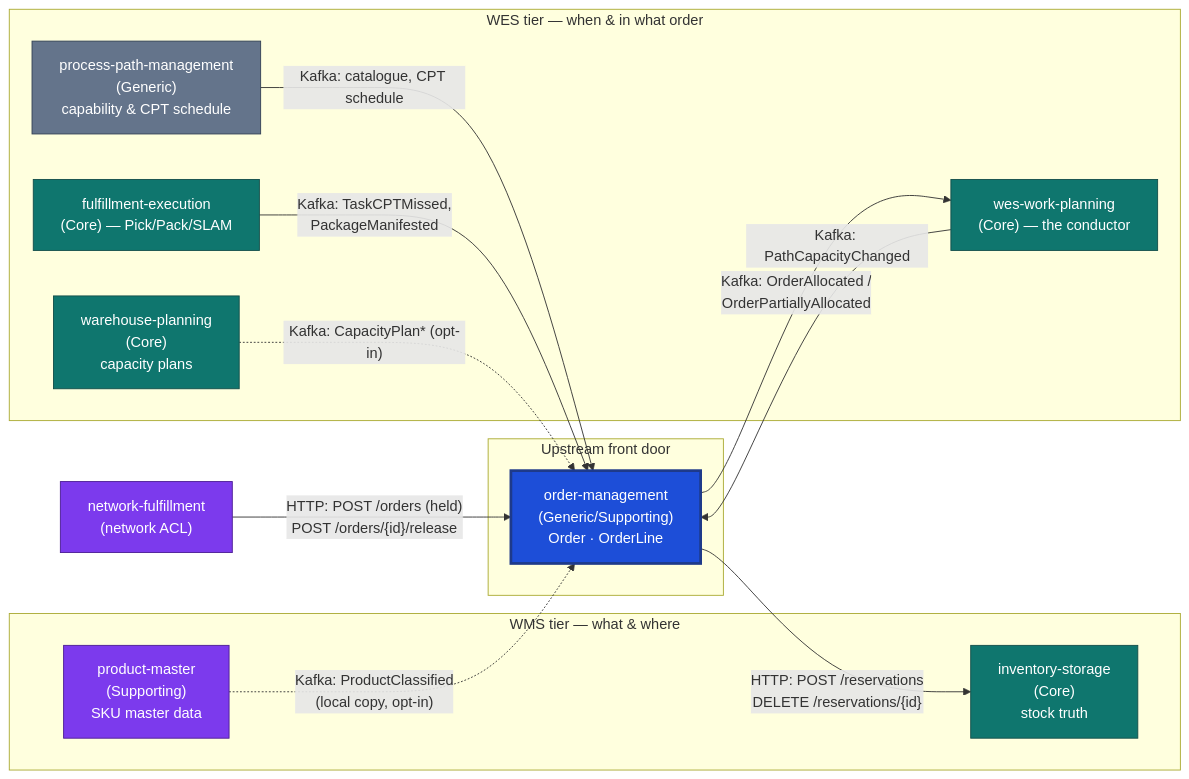
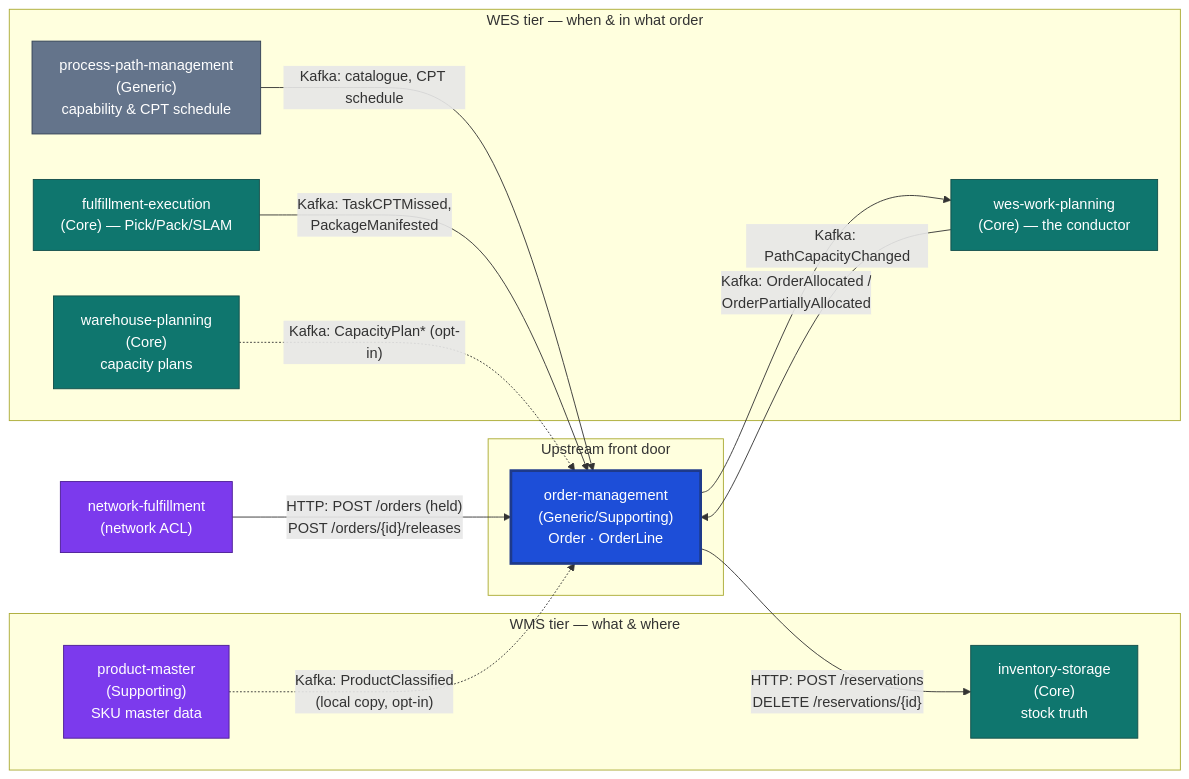
The diagram in docs/docs/overview/introduction.md (IQVO/order-management), drawn with Mermaid before and after one commit. The commit also changed other lines of this file and 21 other files, not shown here.

````diff
--- a/docs/docs/overview/introduction.md
+++ b/docs/docs/overview/introduction.md
@@ -92,35 +92,35 @@
 ```mermaid
 flowchart LR
   NF["network-fulfillment<br/>(network ACL)"]
   subgraph NEW["Upstream front door"]
     OM["order-management<br/>(Generic/Supporting)<br/>Order · OrderLine"]
   end
   subgraph WMS["WMS tier — what & where"]
     INV["inventory-storage<br/>(Core)<br/>stock truth"]
     PMX["product-master<br/>(Supporting)<br/>SKU master data"]
   end
   subgraph WES["WES tier — when & in what order"]
     PPM["process-path-management<br/>(Generic)<br/>capability & CPT schedule"]
     WP["wes-work-planning<br/>(Core) — the conductor"]
     FE["fulfillment-execution<br/>(Core) — Pick/Pack/SLAM"]
     WPL["warehouse-planning<br/>(Core)<br/>capacity plans"]
   end
 
-  NF -- "HTTP: POST /orders (held)<br/>POST /orders/{id}/release" --> OM
+  NF -- "HTTP: POST /orders (held)<br/>POST /orders/{id}/releases" --> OM
   OM -- "HTTP: POST /reservations<br/>DELETE /reservations/{id}" --> INV
   PMX -. "Kafka: ProductClassified<br/>(local copy, opt-in)" .-> OM
   OM -- "Kafka: OrderAllocated /<br/>OrderPartiallyAllocated" --> WP
   PPM -- "Kafka: catalogue, CPT schedule" --> OM
   WP -- "Kafka: PathCapacityChanged" --> OM
   FE -- "Kafka: TaskCPTMissed,<br/>PackageManifested" --> OM
   WPL -. "Kafka: CapacityPlan* (opt-in)" .-> OM
 
   classDef this fill:#1d4ed8,stroke:#1e3a8a,color:#fff,stroke-width:3px;
   classDef core fill:#0f766e,stroke:#134e4a,color:#fff;
   classDef supp fill:#7c3aed,stroke:#4c1d95,color:#fff;
   classDef gen fill:#64748b,stroke:#334155,color:#fff;
   class OM this;
   class INV,WP,FE,WPL core;
   class NF,PMX supp;
   class PPM gen;
 ```
````
